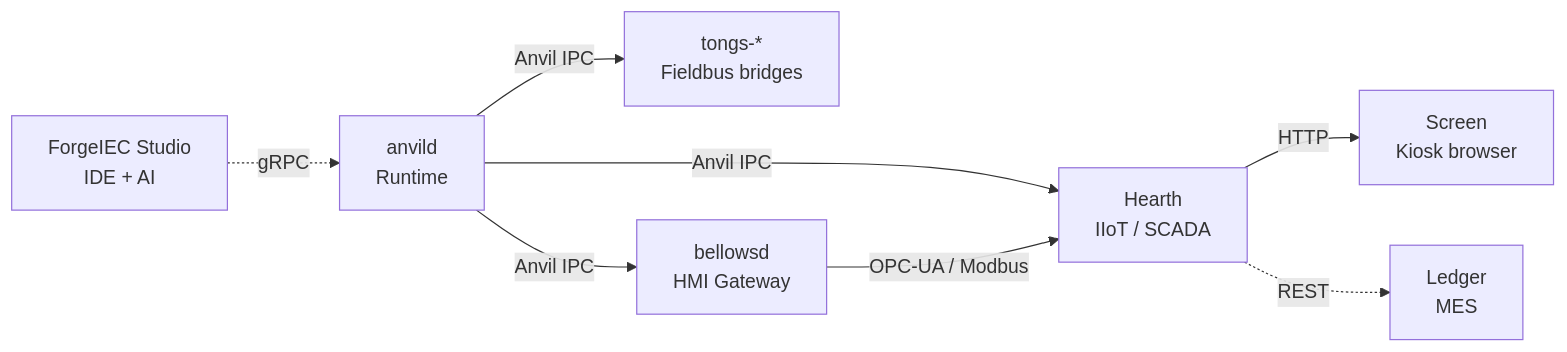
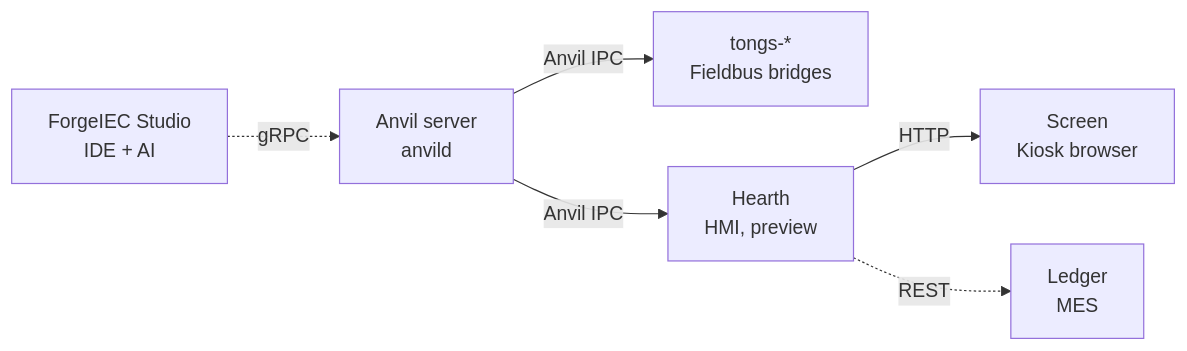
Before and after one commit to Beerlesklopfer/forgeiec-website: the diagram in content/en/plattform/_index.md, drawn with Mermaid. The commit also changed other lines of this file and 1 other file, not shown here.

First line of the commit message:
platform: honest status per component, licence boundary, bellowsd resting, Hearth via Anvil bus

````diff
--- a/content/en/plattform/_index.md
+++ b/content/en/plattform/_index.md
@@ -116,18 +127,15 @@
 ```mermaid
 flowchart LR
     Studio[ForgeIEC Studio<br/>IDE + AI]
-    Anvild[anvild<br/>Runtime]
+    Anvild[Anvil server<br/>anvild]
     Bridges["tongs-*<br/>Fieldbus bridges"]
-    Bellows[bellowsd<br/>HMI Gateway]
     Screen[Screen<br/>Kiosk browser]
-    Hearth[Hearth<br/>IIoT / SCADA]
+    Hearth[Hearth<br/>HMI, preview]
     Ledger[Ledger<br/>MES]
 
     Studio -.->|gRPC| Anvild
     Anvild -->|Anvil IPC| Bridges
-    Anvild -->|Anvil IPC| Bellows
     Anvild -->|Anvil IPC| Hearth
-    Bellows -->|OPC-UA / Modbus| Hearth
     Hearth -->|HTTP| Screen
     Hearth -.->|REST| Ledger
 ```
````
